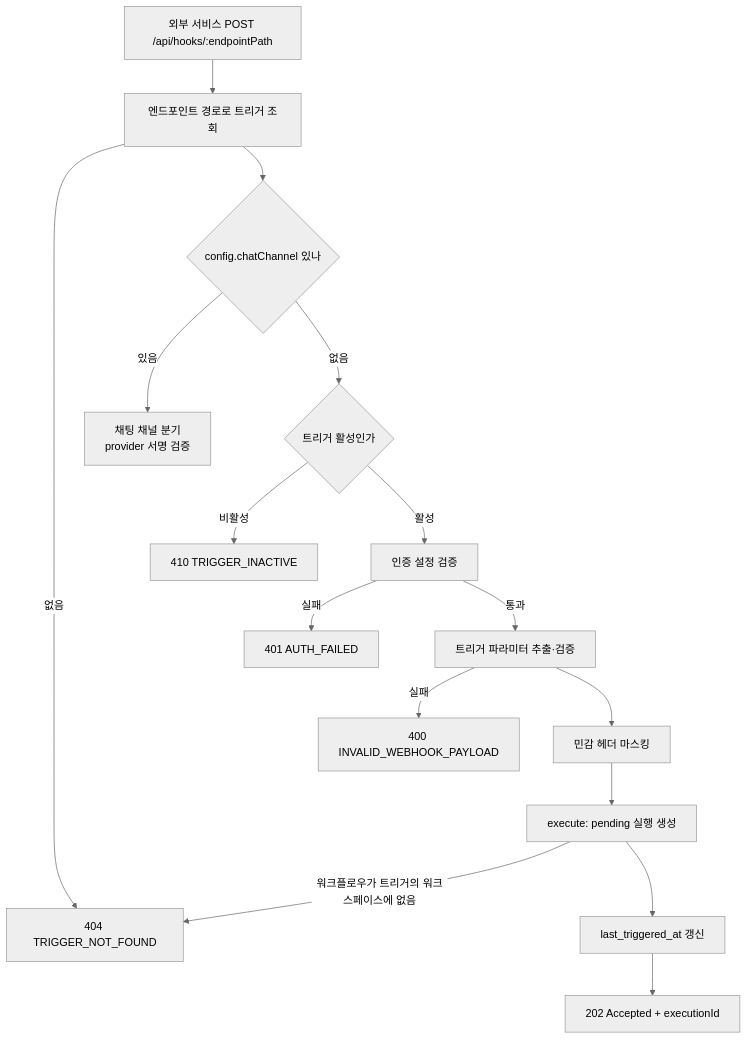
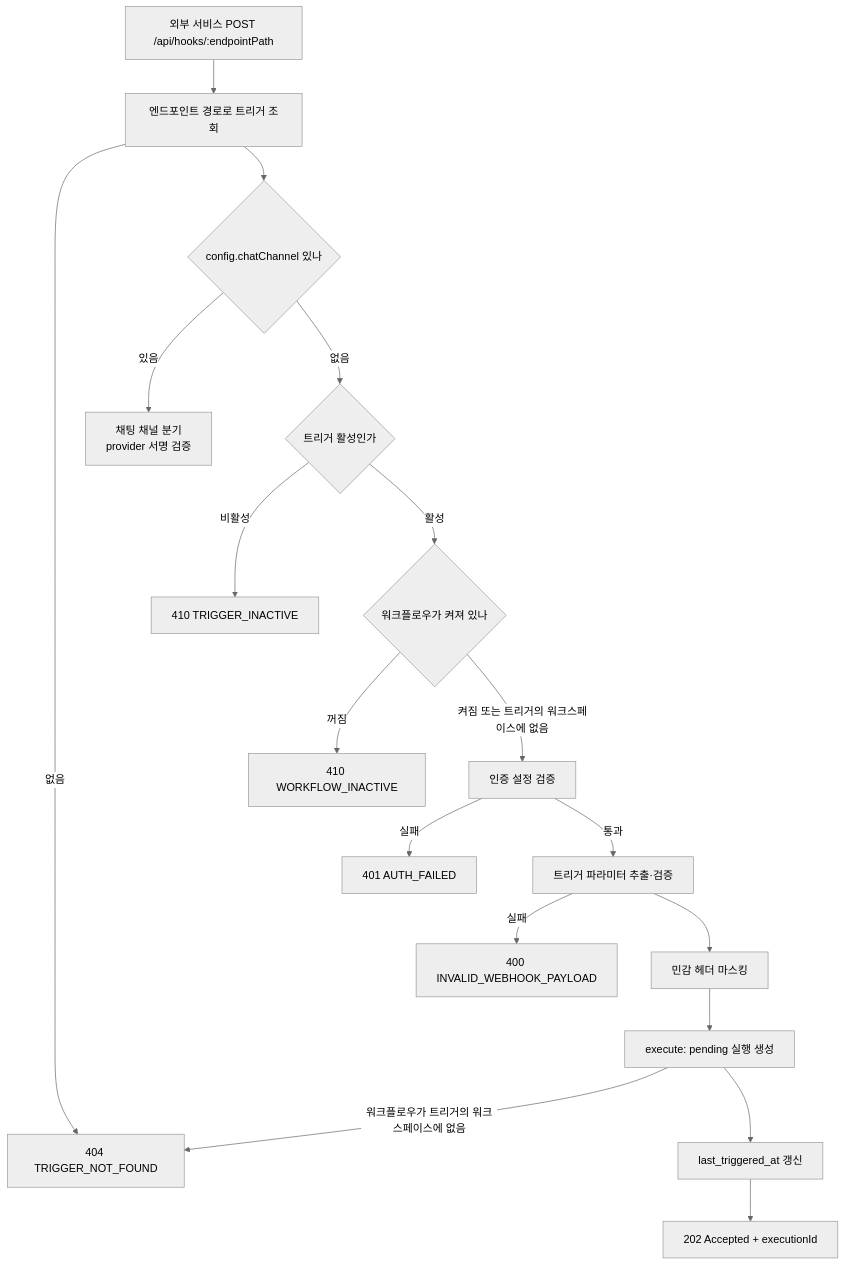
The diagram in spec/CLE-TRIG/CLE-TRIG-WEBHOOK.md (worker-ants/clemvion), drawn with Mermaid (neutral theme) before and after one commit. The commit also changed other lines of this file and 15 other files, not shown here.

````diff
--- a/spec/CLE-TRIG/CLE-TRIG-WEBHOOK.md
+++ b/spec/CLE-TRIG/CLE-TRIG-WEBHOOK.md
@@ -99,18 +104,20 @@
 ```mermaid
 flowchart TD
     A[외부 서비스 POST /api/hooks/:endpointPath] --> B[엔드포인트 경로로 트리거 조회]
     B -- 없음 --> X1[404 TRIGGER_NOT_FOUND]
     B --> C{config.chatChannel 있나}
     C -- 있음 --> CH[채팅 채널 분기<br/>provider 서명 검증]
     C -- 없음 --> D{트리거 활성인가}
     D -- 비활성 --> X2[410 TRIGGER_INACTIVE]
-    D -- 활성 --> E[인증 설정 검증]
+    D -- 활성 --> W{워크플로우가 켜져 있나}
+    W -- 꺼짐 --> X5[410 WORKFLOW_INACTIVE]
+    W -- 켜짐 또는 트리거의 워크스페이스에 없음 --> E[인증 설정 검증]
     E -- 실패 --> X3[401 AUTH_FAILED]
     E -- 통과 --> F[트리거 파라미터 추출·검증]
     F -- 실패 --> X4[400 INVALID_WEBHOOK_PAYLOAD]
     F --> G[민감 헤더 마스킹]
     G --> H[execute: pending 실행 생성]
     H -- 워크플로우가 트리거의 워크스페이스에 없음 --> X1
     H --> I[last_triggered_at 갱신]
     I --> J[202 Accepted + executionId]
 ```
````
